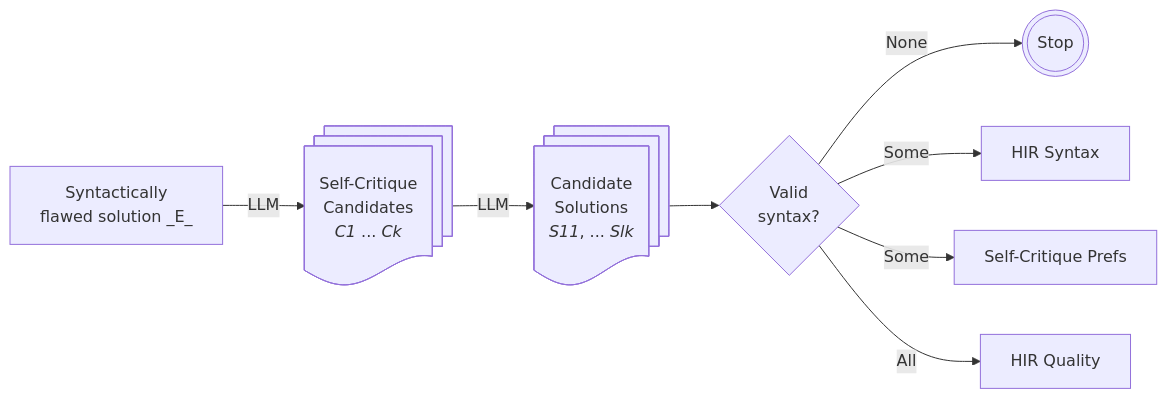
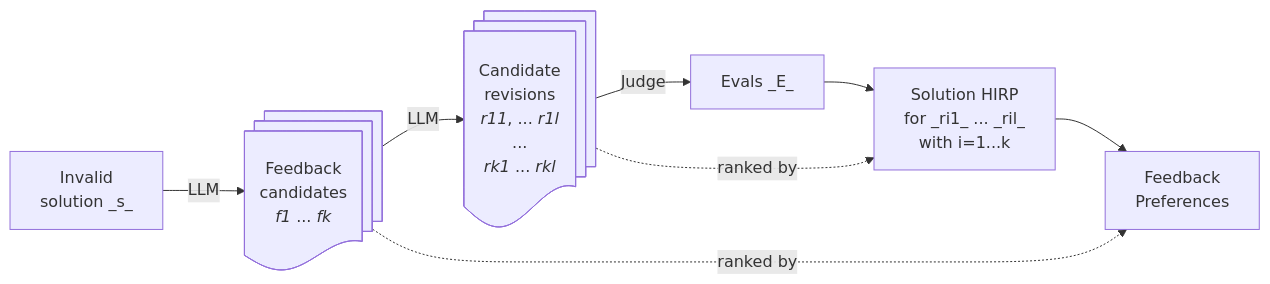
One commit to debatelab/argdown-feedback changed the second of 2 diagrams in README.md. Above: the diagram before and after it, drawn with Mermaid. The commit also changed other lines of this file and 7 other files, not shown here.

````diff
--- a/README.md
+++ b/README.md
@@ -19,12 +23,11 @@
 ```mermaid
 flowchart LR
-    A[Syntactically<br/>flawed solution _E_]
-    B@{ shape: docs, label: "Self-Critique<br/>Candidates<br/>_C1_ ... _Ck_"}
-    C@{ shape: docs, label: "Candidate<br/>Solutions<br/>_S11_, ... _Slk_"}
-    D{Valid<br/>syntax?}
-    A -->|LLM| B -->|LLM| C --> D
-    D -->|None| ST@{ shape: dbl-circ, label: "Stop" }
-    D -->|Some| HIR2[HIR Syntax]
-    D -->|Some| SCP[Self-Critique Prefs]
-    D -->|All| HIR3[HIR Quality]
+    A[Invalid<br/>solution _s_]
+    B@{ shape: docs, label: "Feedback<br/>candidates<br/>_f1_ ... _fk_"}
+    C@{ shape: docs, label: "Candidate<br/>revisions<br/>_r11_, ... _r1l_<br/>...<br/>_rk1_ ... _rkl_"}
+    A -->|LLM| B -->|LLM| C -->|Judge| E[Evals _E_]
+    E --> HIR[Solution HIRP<br/>for _ri1_ ... _ril_<br/>with i=1...k] 
+    HIR --> SCP[Feedback<br/>Preferences]
+    C -.->|ranked by| HIR
+    B -.->|ranked by| SCP
 ```
````
